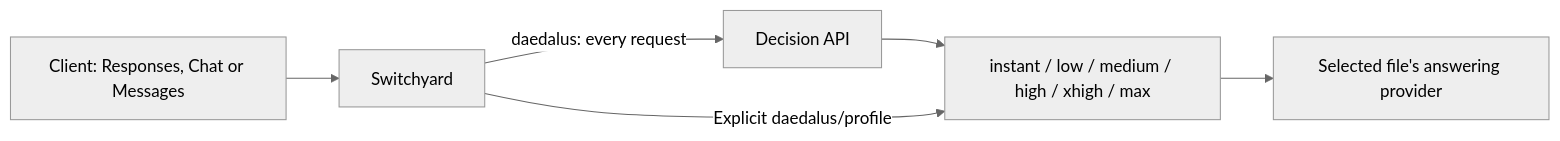
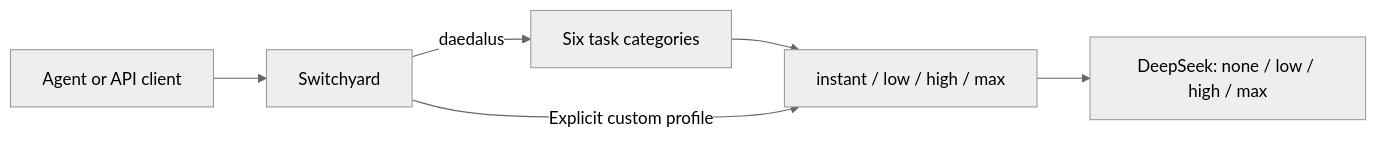
One commit to tuttlebr/daedalus-switchyard changed the diagram in README.md. Above: the diagram before and after it, drawn with Mermaid (neutral theme). The commit also changed other lines of this file and 6 other files, not shown here.

Commit message:
Separate DeepSeek passthrough settings from task categories

````diff
--- a/README.md
+++ b/README.md
@@ -67,8 +97,8 @@
 ```mermaid
 flowchart LR
-  A[Client: Responses, Chat or Messages] --> B[Switchyard]
-  B -->|daedalus: every request| C[Decision API]
-  C --> D[instant / low / medium / high / xhigh / max]
-  B -->|Explicit daedalus/profile| D
-  D --> E[Selected file's answering provider]
+  A[Agent or API client] --> B[Switchyard]
+  B -->|daedalus| C[Six task categories]
+  C --> D[instant / low / high / max]
+  B -->|Explicit custom profile| D
+  D --> E[DeepSeek: none / low / high / max]
 ```
````
